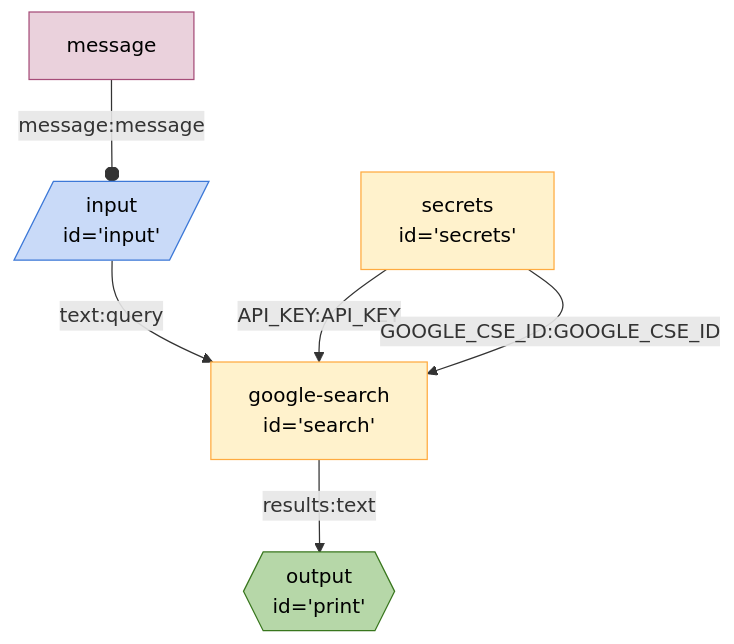
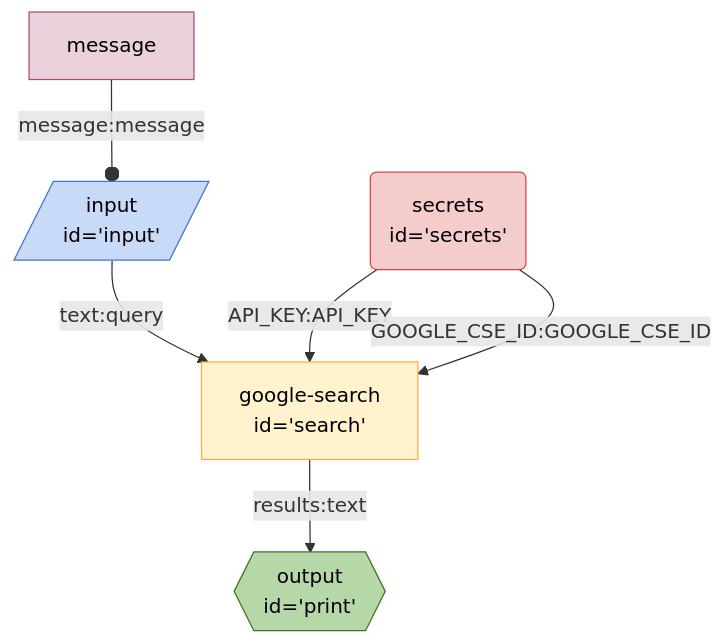
The diagram in seeds/graph-playground/docs/graphs/just-search.md (breadboard-ai/breadboard), drawn with Mermaid before and after one commit. The commit also changed 14 other files, not shown here.

Commit message:
[graphs] Make `secrets` more prominent on diagrams.

````diff
--- a/seeds/graph-playground/docs/graphs/just-search.md
+++ b/seeds/graph-playground/docs/graphs/just-search.md
@@ -4,24 +4,25 @@
 ```mermaid
 %%{init: 'themeVariables': { 'fontFamily': 'Fira Code, monospace' }}%%
 graph TD;
 input[/"input
 id='input'"/]:::input -- text:query --> search["google-search
 id='search'"]
-secrets["secrets
-id='secrets'"] -- API_KEY:API_KEY --> search["google-search
+secrets("secrets
+id='secrets'"):::secrets -- API_KEY:API_KEY --> search["google-search
 id='search'"]
-secrets["secrets
-id='secrets'"] -- GOOGLE_CSE_ID:GOOGLE_CSE_ID --> search["google-search
+secrets("secrets
+id='secrets'"):::secrets -- GOOGLE_CSE_ID:GOOGLE_CSE_ID --> search["google-search
 id='search'"]
 search["google-search
 id='search'"] -- results:text --> print{{"output
 id='print'"}}:::output
 messageinput[message]:::config -- message:message --o input
 classDef default stroke:#ffab40,fill:#fff2ccff,color:#000
 classDef input stroke:#3c78d8,fill:#c9daf8ff,color:#000
 classDef output stroke:#38761d,fill:#b6d7a8ff,color:#000
 classDef passthrough stroke:#a64d79,fill:#ead1dcff,color:#000
 classDef slot stroke:#a64d79,fill:#ead1dcff,color:#000
 classDef config stroke:#a64d79,fill:#ead1dcff,color:#000
+classDef secrets stroke:#db4437,fill:#f4cccc,color:#000
 classDef slotted stroke:#a64d79
 ```
````
